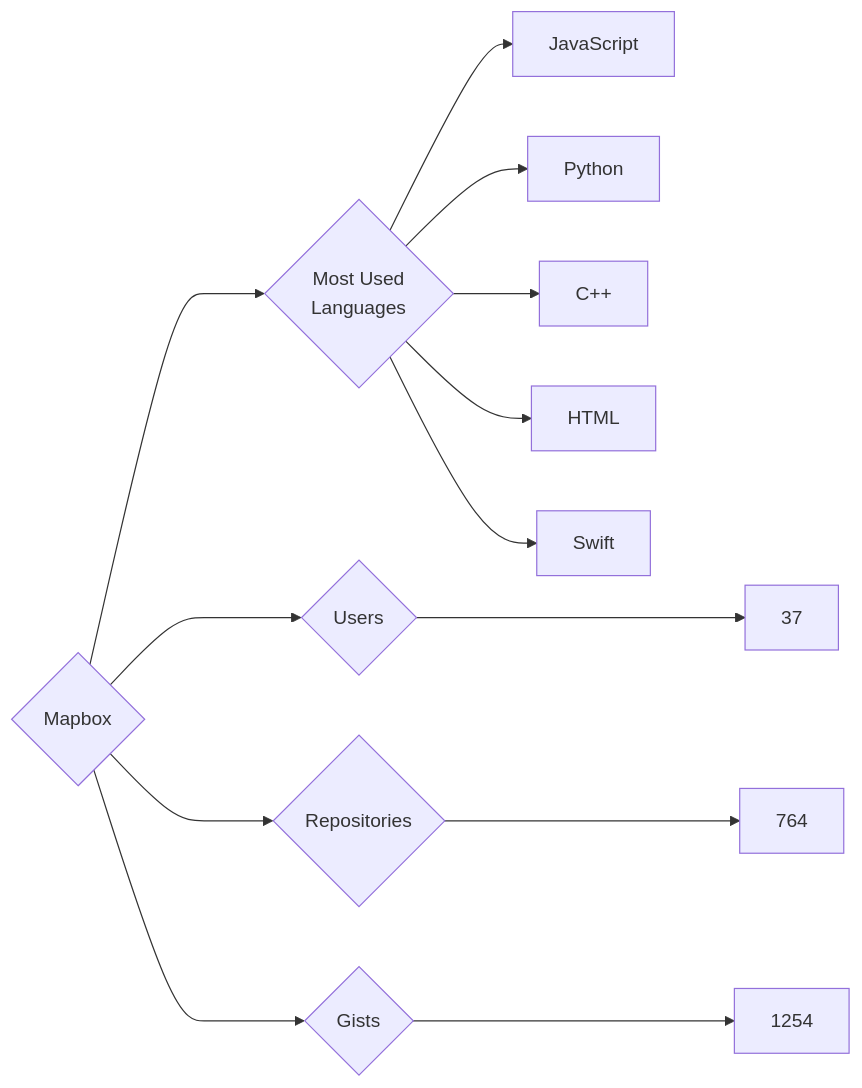
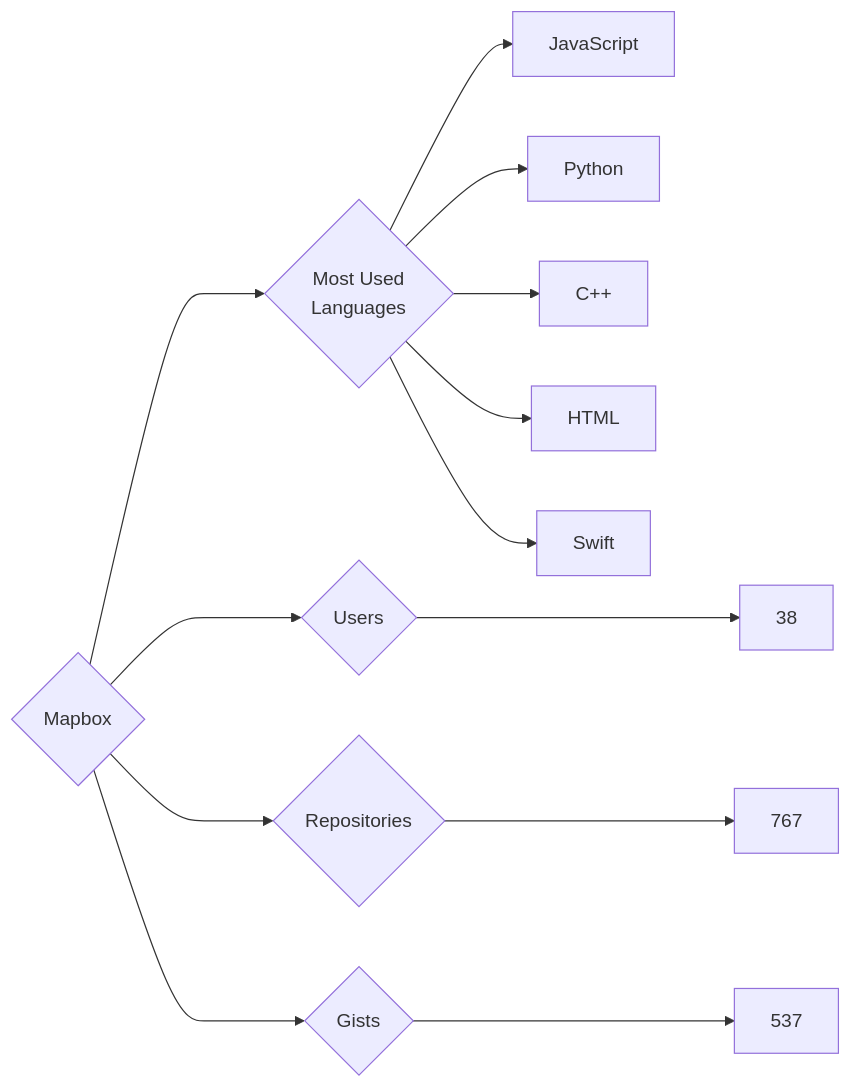
Before and after one commit to trickest/insiders: the diagram in targets/Mapbox/README.md, drawn with Mermaid. The commit also changed 611 other files, not shown here.

````diff
--- a/targets/Mapbox/README.md
+++ b/targets/Mapbox/README.md
@@ -3,13 +3,13 @@
 ```mermaid
 graph LR
 COMPANY_NAME{Mapbox}
-COMPANY_NAME ---> U{Users} ---> UN[37]
-COMPANY_NAME ---> R{Repositories} ---> RN[764]
-COMPANY_NAME ---> G{Gists} ---> GN[1254]
+COMPANY_NAME ---> U{Users} ---> UN[38]
+COMPANY_NAME ---> R{Repositories} ---> RN[767]
+COMPANY_NAME ---> G{Gists} ---> GN[537]
 COMPANY_NAME ---> ML{Most Used<br>Languages}
 ML --> JavaScript[JavaScript]
 ML --> Python[Python]
 ML --> C++[C++]
 ML --> HTML[HTML]
 ML --> Swift[Swift]
 ```
````
